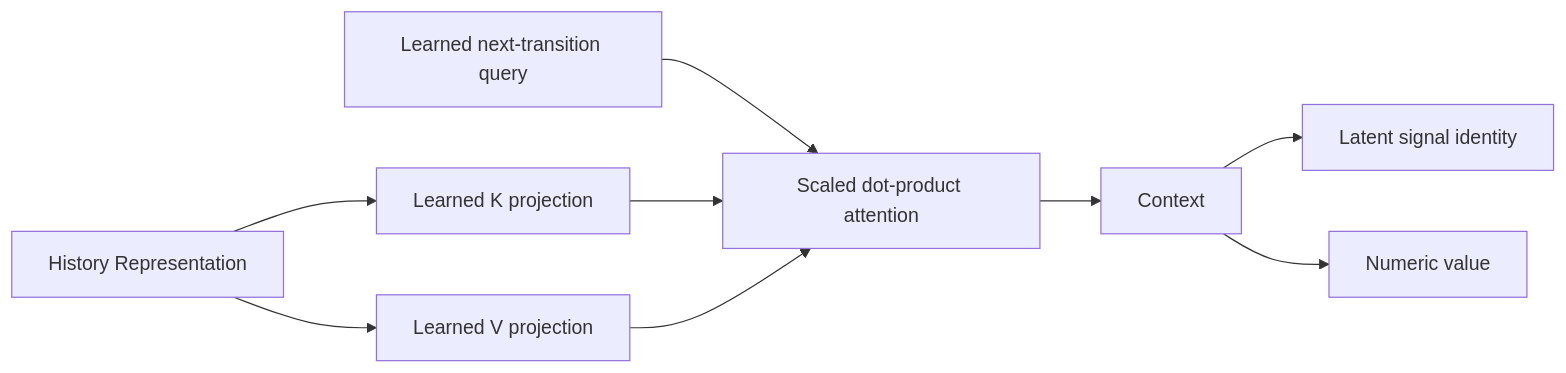
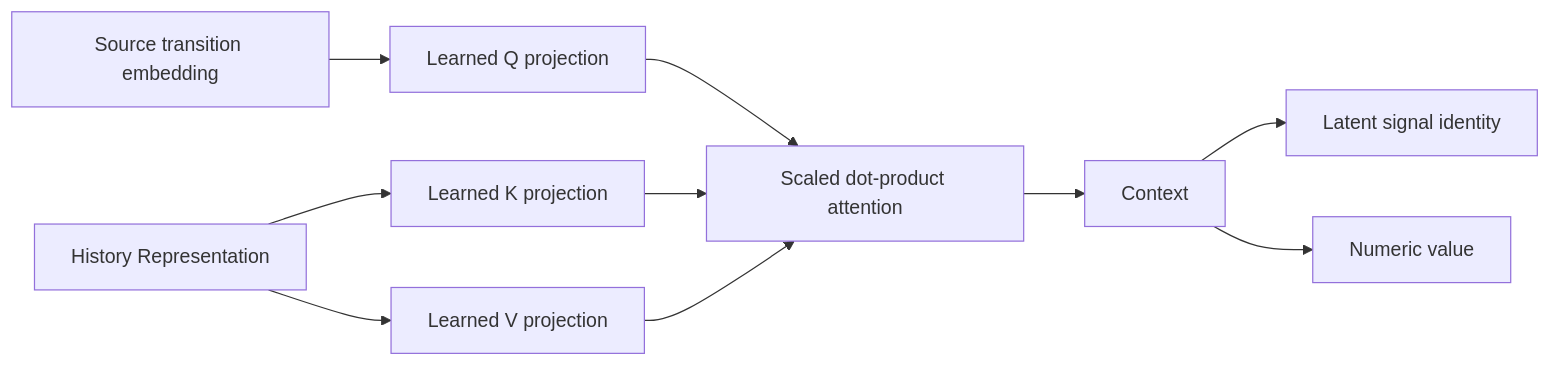
The fifth of 6 diagrams in docs/expectations.md (skasti/skyn-vaettr), drawn with Mermaid before and after one commit. The commit also changed other lines of this file, not shown here.

````diff
--- a/docs/expectations.md
+++ b/docs/expectations.md
@@ -92,11 +107,12 @@
 ```mermaid
 flowchart LR
+    X[Source transition embedding] --> Q[Learned Q projection]
     R[History Representation] --> K[Learned K projection]
     R --> V[Learned V projection]
-    Q[Learned next-transition query] --> A[Scaled dot-product attention]
+    Q --> A[Scaled dot-product attention]
     K --> A
     V --> A
     A --> C[Context]
     C --> S[Latent signal identity]
     C --> N[Numeric value]
 ```
````
